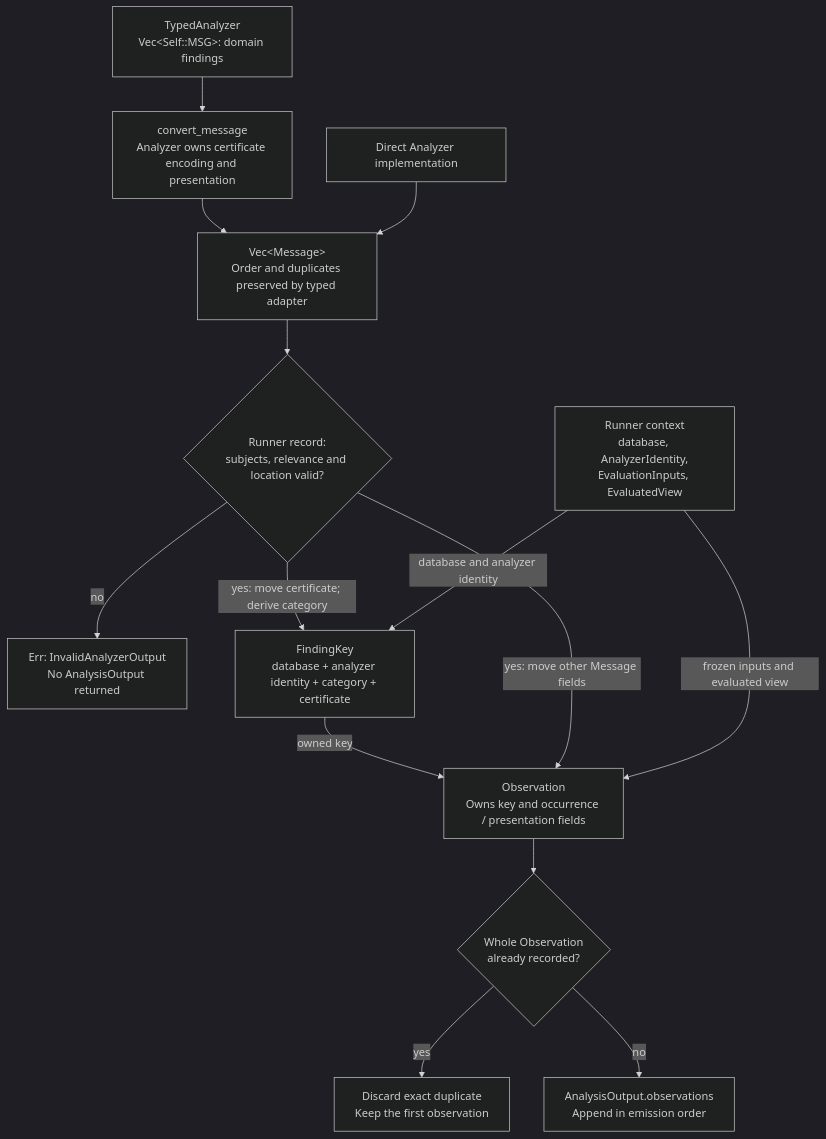
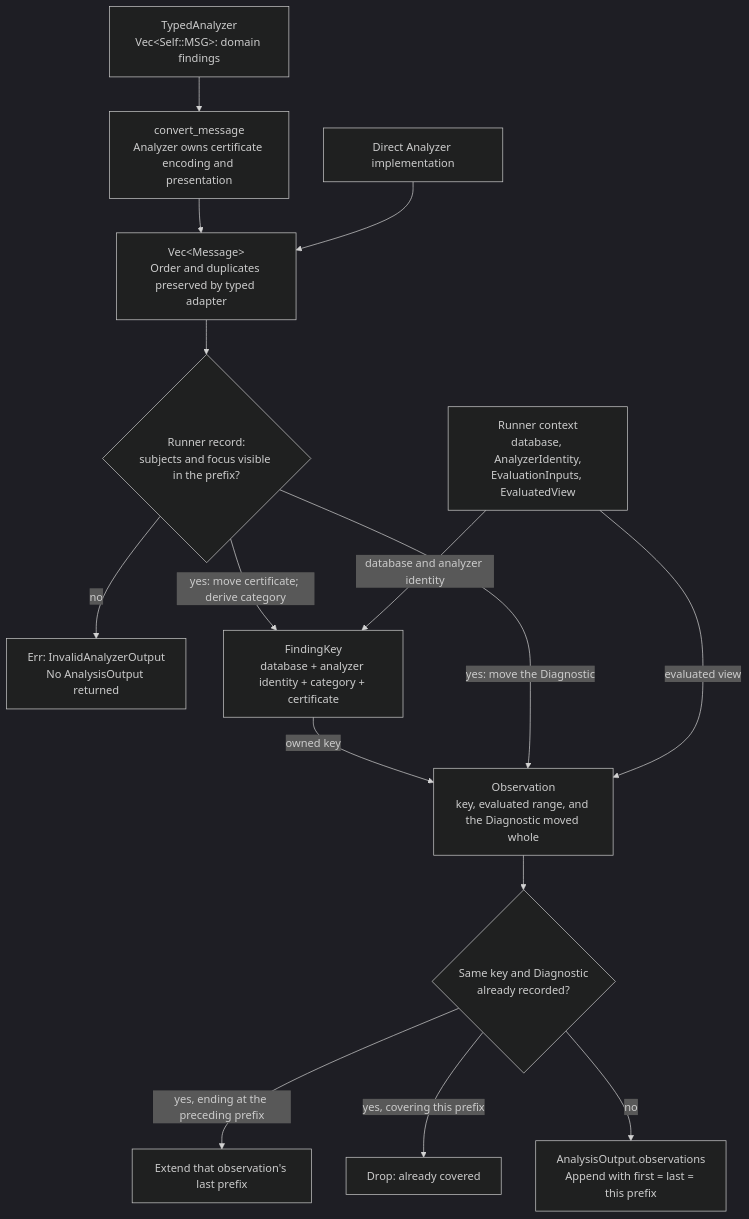
One commit to RezaOnGithub/lifecore changed the first of 3 diagrams in docs/MESSAGES.md. Above: the diagram before and after it, drawn with Mermaid (dark theme). The commit also changed other lines of this file and 5 other files, not shown here.

First line of the commit message:
Document prefix-range observations and trim AGENTS invariants to hazards

````diff
--- a/docs/MESSAGES.md
+++ b/docs/MESSAGES.md
@@ -20,28 +20,30 @@
 ```mermaid
 flowchart TD
     T["TypedAnalyzer<br/>Vec&lt;Self::MSG&gt;: domain findings"]
     C["convert_message<br/>Analyzer owns certificate encoding and presentation"]
     A["Direct Analyzer implementation"]
     M["Vec&lt;Message&gt;<br/>Order and duplicates preserved by typed adapter"]
-    V{"Runner record:<br/>subjects, relevance and location valid?"}
+    V{"Runner record:<br/>subjects and focus visible in the prefix?"}
     E["Err: InvalidAnalyzerOutput<br/>No AnalysisOutput returned"]
     K["FindingKey<br/>database + analyzer identity + category + certificate"]
     R["Runner context<br/>database, AnalyzerIdentity,<br/>EvaluationInputs, EvaluatedView"]
-    O["Observation<br/>Owns key and occurrence / presentation fields"]
-    D{"Whole Observation<br/>already recorded?"}
-    X["Discard exact duplicate<br/>Keep the first observation"]
-    P["AnalysisOutput.observations<br/>Append in emission order"]
+    O["Observation<br/>key, evaluated range, and the Diagnostic moved whole"]
+    D{"Same key and Diagnostic<br/>already recorded?"}
+    X["Extend that observation's last prefix"]
+    DROP["Drop: already covered"]
+    P["AnalysisOutput.observations<br/>Append with first = last = this prefix"]
 
     T --> C --> M
     A --> M
     M --> V
     V -->|no| E
     V -->|yes: move certificate; derive category| K
     R -->|database and analyzer identity| K
     K -->|owned key| O
-    V -->|yes: move other Message fields| O
-    R -->|frozen inputs and evaluated view| O
+    V -->|yes: move the Diagnostic| O
+    R -->|evaluated view| O
     O --> D
-    D -->|yes| X
+    D -->|yes, ending at the preceding prefix| X
+    D -->|yes, covering this prefix| DROP
     D -->|no| P
 ```
````
